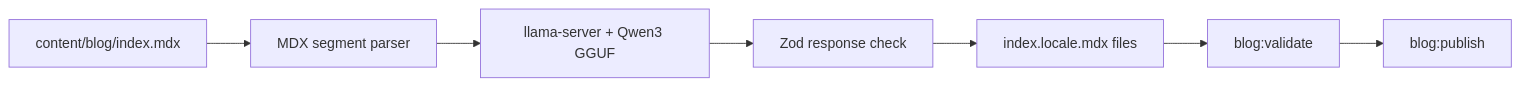
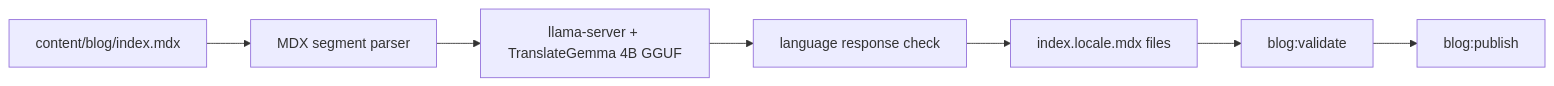
One commit to SobralCybersec/Portifolio changed diagram 20 of 22 in docs/ci.md. Above: the diagram before and after it, drawn with Mermaid. The commit also changed other lines of this file and 8 other files, not shown here.

````diff
--- a/docs/ci.md
+++ b/docs/ci.md
@@ -1077,9 +1077,9 @@
 ```mermaid
 flowchart LR
     PT[content/blog/index.mdx] --> AST[MDX segment parser]
-    AST --> LLM[llama-server + Qwen3 GGUF]
-    LLM --> ZOD[Zod response check]
-    ZOD --> LOCALES[index.locale.mdx files]
+    AST --> LLM[llama-server + TranslateGemma 4B GGUF]
+    LLM --> CHECK[language response check]
+    CHECK --> LOCALES[index.locale.mdx files]
     LOCALES --> VALIDATE[blog:validate]
     VALIDATE --> PUBLISH[blog:publish]
 ```
````
